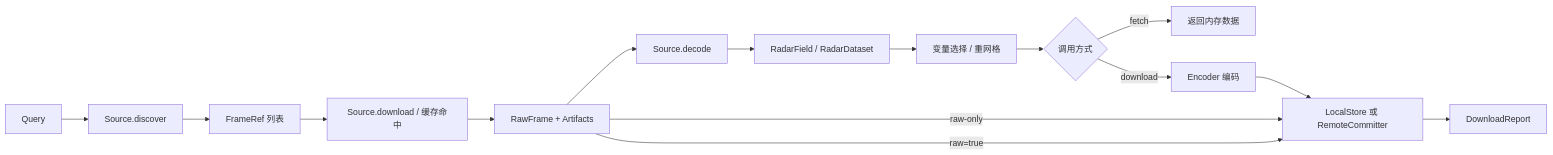
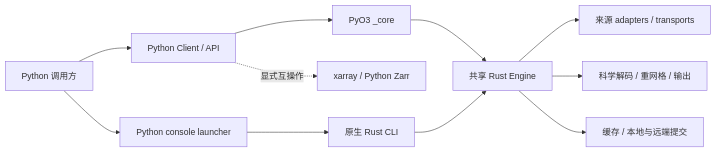
Before and after one commit to chorust/radiust: the second of 2 diagrams in docs/architecture.md, drawn with Mermaid. The commit also changed other lines of this file and 583 other files, not shown here.

Commit message:
feat: complete Rust core migration

````diff
--- a/docs/architecture.md
+++ b/docs/architecture.md
@@ -52,17 +40,13 @@
 ```mermaid
 flowchart LR
-    Q[Query] --> D[Source.discover]
-    D --> R[FrameRef 列表]
-    R --> A[Source.download / 缓存命中]
-    A --> Raw[RawFrame + Artifacts]
-    Raw --> Decode[Source.decode]
-    Decode --> Field[RadarField / RadarDataset]
-    Field --> Transform[变量选择 / 重网格]
-    Transform --> Result{调用方式}
-    Result -->|fetch| Memory[返回内存数据]
-    Result -->|download| Encode[Encoder 编码]
-    Encode --> Commit[LocalStore 或 RemoteCommitter]
-    Raw -->|raw-only| Commit
-    Raw -->|raw=true| Commit
-    Commit --> Report[DownloadReport]
+    PyUser[Python 调用方] --> SDK[Python Client / API]
+    PyUser --> Click[Python console launcher]
+    Click --> RustCLI[原生 Rust CLI]
+    SDK --> Bridge[PyO3 _core]
+    Bridge --> Engine[共享 Rust Engine]
+    RustCLI --> Engine
+    Engine --> Sources[来源 adapters / transports]
+    Engine --> Science[科学解码 / 重网格 / 输出]
+    Engine --> Persistence[缓存 / 本地与远端提交]
+    SDK -. 显式互操作 .-> Xarray[xarray / Python Zarr]
 ```
````
